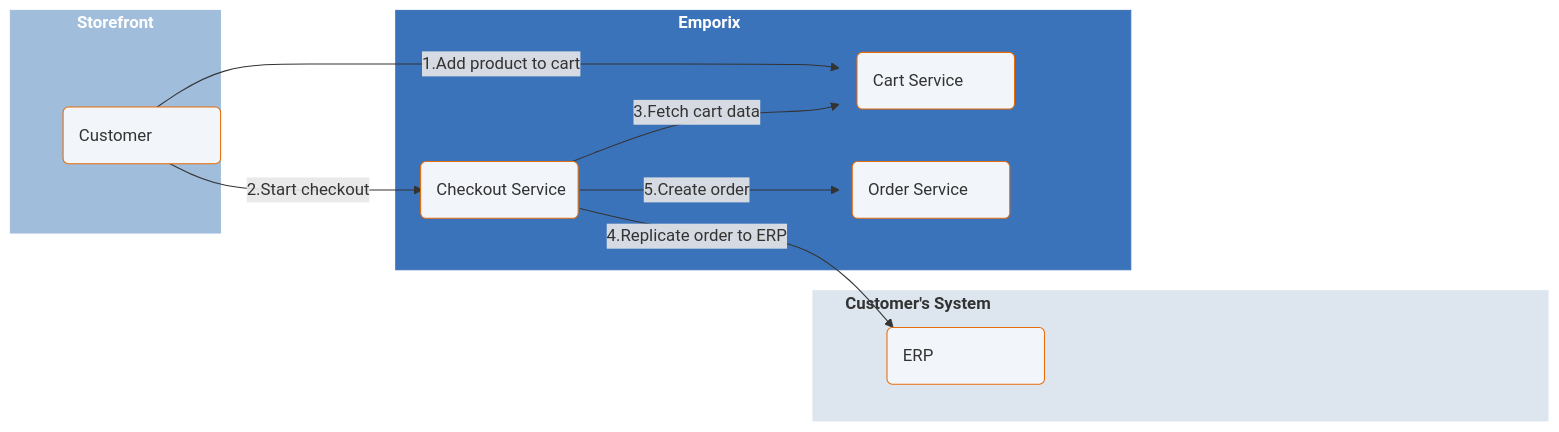
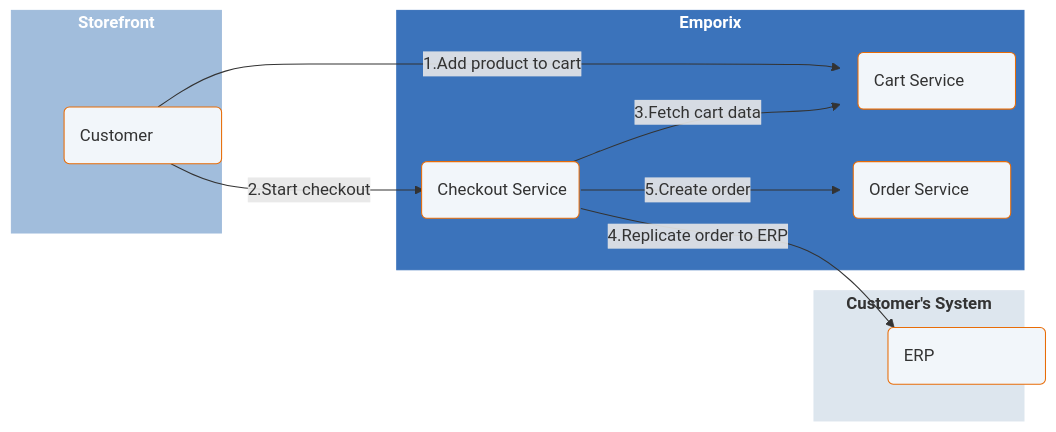
Before and after one commit to emporix/api-references: the first of 3 diagrams in orders/order/order.md, drawn with Mermaid. The commit also changed other lines of this file, not shown here.

Commit message:
Diagram size test

````diff
--- a/orders/order/order.md
+++ b/orders/order/order.md
@@ -34,45 +34,45 @@
 ```mermaid
 ---
 config:
   layout: fixed
   theme: default
   look: classic
   font-family: Lato, sans-serif
 ---
 flowchart LR
  subgraph subGraph0["`**Storefront**`"]
         A["Customer"]
   end
  subgraph subGraph1["`**Emporix**`"]
         CS["Cart Service"]
         CHK["Checkout Service"]
         OS["Order Service"]
   end
  subgraph subGraph2["`**Customer's System**`"]
         ERP["ERP"]
   end
     A -- "1.Add product to cart" --> CS
     A -- "2.Start checkout" --> CHK
     CHK -- "3.Fetch cart data" --> CS
     CHK -- "4.Replicate order to ERP" --> ERP
     CHK -- "5.Create order" --> OS
     A@{ shape: rounded}
     CS@{ shape: rounded}
     CHK@{ shape: rounded}
     OS@{ shape: rounded}
     ERP@{ shape: rounded}
      A:::Class_04
      CS:::Class_04
      CHK:::Class_04
      ERP:::Class_04
      OS:::Class_04
      subGraph1:::Class_03
      subGraph0:::Class_01
      subGraph2:::Class_02
-    classDef Class_02 stroke-width:1px, stroke-dasharray: 0, stroke:#DDE6EE, fill:#DDE6EE, width:700px
-    classDef Class_01 stroke-width:1px, stroke-dasharray: 0, stroke:#A1BDDC, fill:#A1BDDC, width:200px
-    classDef Class_03 stroke-width:1px, stroke-dasharray: 0, stroke:#3b73bb, fill:#3b73bb, width:700px
+    classDef Class_02 stroke-width:1px, stroke-dasharray: 0, stroke:#DDE6EE, fill:#DDE6EE
+    classDef Class_01 stroke-width:1px, stroke-dasharray: 0, stroke:#A1BDDC, fill:#A1BDDC
+    classDef Class_03 stroke-width:1px, stroke-dasharray: 0, stroke:#3b73bb, fill:#3b73bb
     classDef Class_04 fill:#F2F6FA, stroke:#E86C07, width:150px
     style subGraph0 color:#FFFFFF
     style subGraph1 color:#FFFFFF
 ```
````
